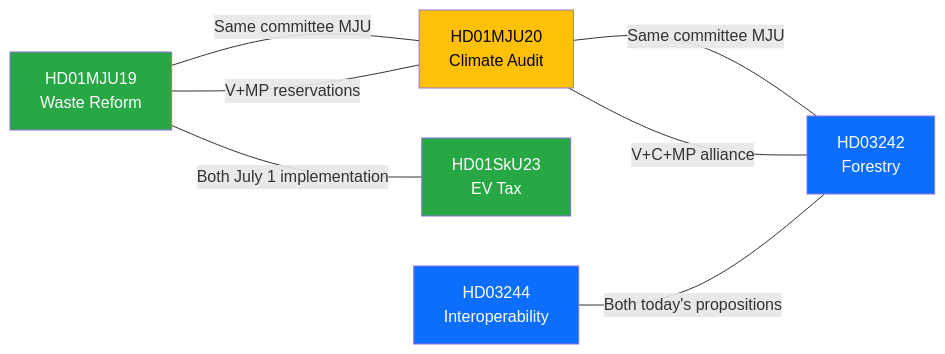
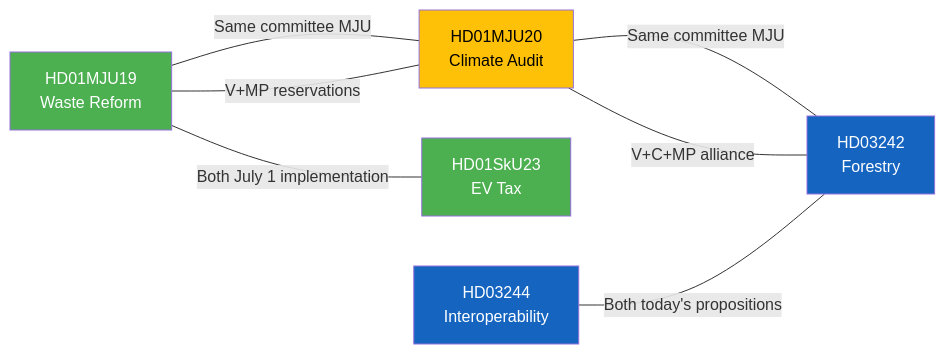
The diagram in analysis/daily/2026-04-16/realtime-1037/cross-reference-map.md (Hack23/riksdagsmonitor), drawn with Mermaid before and after one commit. The commit also changed 785 other files, not shown here.

First line of the commit message:
Normalize mermaid colors across 786 analysis artifacts to ISMS Style Guide palette

````diff
--- a/analysis/daily/2026-04-16/realtime-1037/cross-reference-map.md
+++ b/analysis/daily/2026-04-16/realtime-1037/cross-reference-map.md
@@ -10,14 +10,14 @@
 ```mermaid
 graph LR
     MJU19["HD01MJU19<br/>Waste Reform"] ---|"Same committee MJU"| MJU20["HD01MJU20<br/>Climate Audit"]
     MJU20 ---|"Same committee MJU"| P242["HD03242<br/>Forestry"]
     MJU19 ---|"Both July 1 implementation"| SKU23["HD01SkU23<br/>EV Tax"]
     MJU19 ---|"V+MP reservations"| MJU20
     MJU20 ---|"V+C+MP alliance"| P242
     P244["HD03244<br/>Interoperability"] ---|"Both today's propositions"| P242
-    style MJU19 fill:#28a745,color:#fff
-    style MJU20 fill:#ffc107,color:#000
-    style P242 fill:#0d6efd,color:#fff
-    style SKU23 fill:#28a745,color:#fff
-    style P244 fill:#0d6efd,color:#fff
+    style MJU19 fill:#4CAF50,color:#FFFFFF
+    style MJU20 fill:#FFC107,color:#000000
+    style P242 fill:#1565C0,color:#FFFFFF
+    style SKU23 fill:#4CAF50,color:#FFFFFF
+    style P244 fill:#1565C0,color:#FFFFFF
 ```
````
